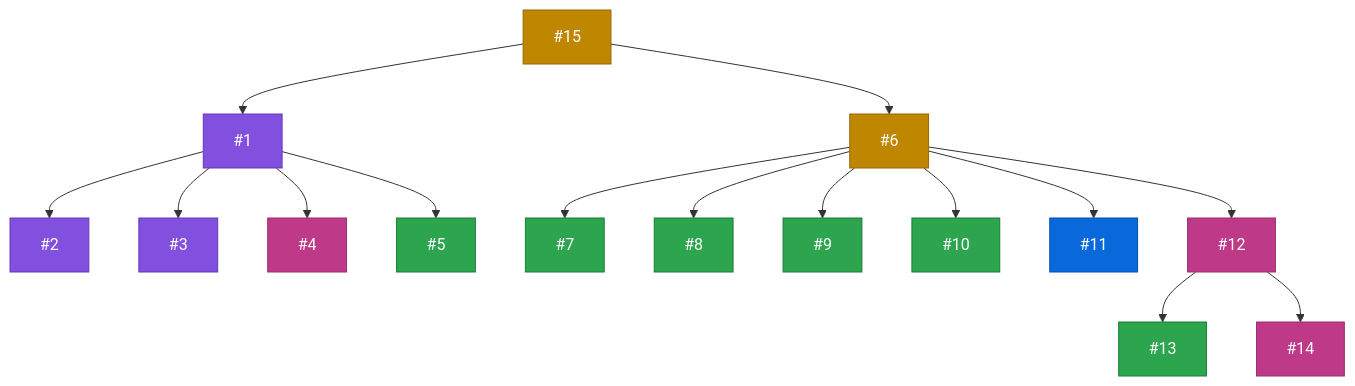
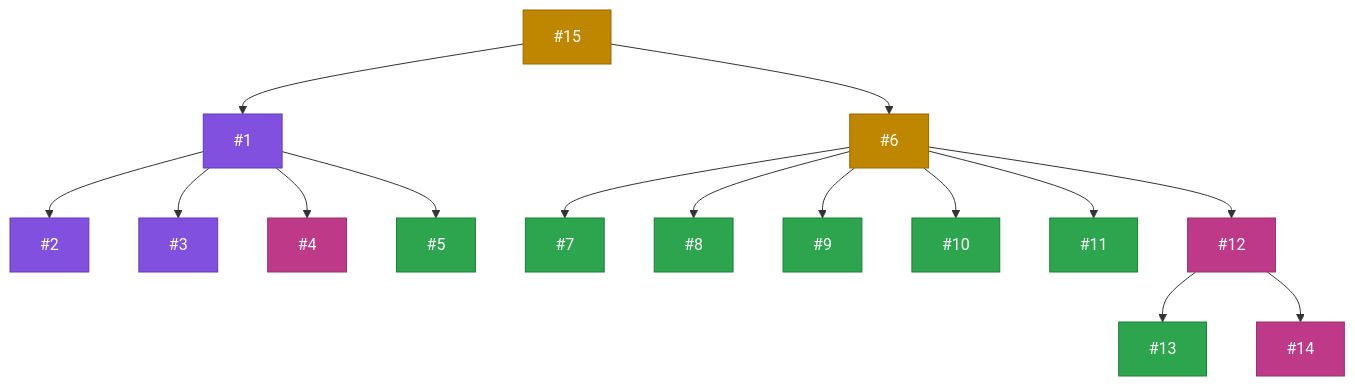
Before and after one commit to zappfish/zapp-requirements-tracker: the fourth of 9 diagrams in README.md, drawn with Mermaid. The commit also changed other lines of this file and 3 other files, not shown here.

````diff
--- a/README.md
+++ b/README.md
@@ -184,49 +184,49 @@
 ```mermaid
 graph TD
     R2["#15"]:::inprogress
 
     R2A["#1"]:::inreview
     R2B["#6"]:::inprogress
     R2 --> R2A & R2B
 
     R2A1["#2"]:::inreview
     R2A2["#3"]:::inreview
     R2A3["#4"]:::backlog
     R2A4["#5"]:::stable
     R2A --> R2A1 & R2A2 & R2A3 & R2A4
 
     R2B1["#7"]:::stable
     R2B2["#8"]:::stable
     R2B3["#9"]:::stable
     R2B4["#10"]:::stable
-    R2B5["#11"]:::upnext
+    R2B5["#11"]:::stable
     R2B6["#12"]:::backlog
     R2B --> R2B1 & R2B2 & R2B3 & R2B4 & R2B5 & R2B6
 
     R2B6A["#13"]:::stable
     R2B6B["#14"]:::backlog
     R2B6 --> R2B6A & R2B6B
 
     click R2 href "https://github.com/zappfish/zapp-requirements-tracker/issues/15" _blank
     click R2A href "https://github.com/zappfish/zapp-requirements-tracker/issues/1" _blank
     click R2B href "https://github.com/zappfish/zapp-requirements-tracker/issues/6" _blank
     click R2A1 href "https://github.com/zappfish/zapp-requirements-tracker/issues/2" _blank
     click R2A2 href "https://github.com/zappfish/zapp-requirements-tracker/issues/3" _blank
     click R2A3 href "https://github.com/zappfish/zapp-requirements-tracker/issues/4" _blank
     click R2A4 href "https://github.com/zappfish/zapp-requirements-tracker/issues/5" _blank
     click R2B1 href "https://github.com/zappfish/zapp-requirements-tracker/issues/7" _blank
     click R2B2 href "https://github.com/zappfish/zapp-requirements-tracker/issues/8" _blank
     click R2B3 href "https://github.com/zappfish/zapp-requirements-tracker/issues/9" _blank
     click R2B4 href "https://github.com/zappfish/zapp-requirements-tracker/issues/10" _blank
     click R2B5 href "https://github.com/zappfish/zapp-requirements-tracker/issues/11" _blank
     click R2B6 href "https://github.com/zappfish/zapp-requirements-tracker/issues/12" _blank
     click R2B6A href "https://github.com/zappfish/zapp-requirements-tracker/issues/13" _blank
     click R2B6B href "https://github.com/zappfish/zapp-requirements-tracker/issues/14" _blank
 
     classDef backlog fill:#bf3989,stroke:#99306f,color:#fff
     classDef upnext fill:#0969da,stroke:#0550ae,color:#fff
     classDef inprogress fill:#bf8700,stroke:#9a6700,color:#fff
     classDef inreview fill:#8250df,stroke:#6639ba,color:#fff
     classDef stable fill:#2da44e,stroke:#1a7f37,color:#fff
     classDef done fill:#2da44e,stroke:#1a7f37,color:#fff
 ```
````
